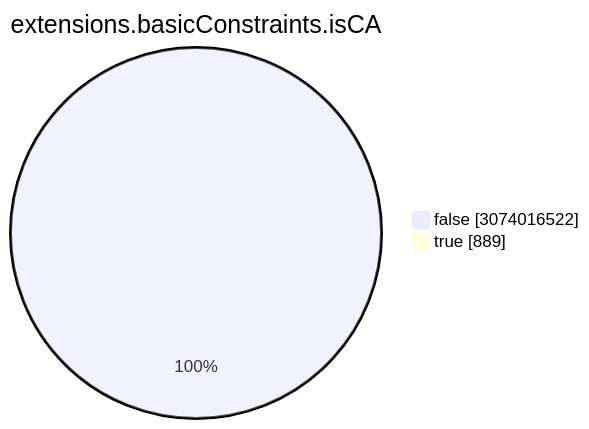
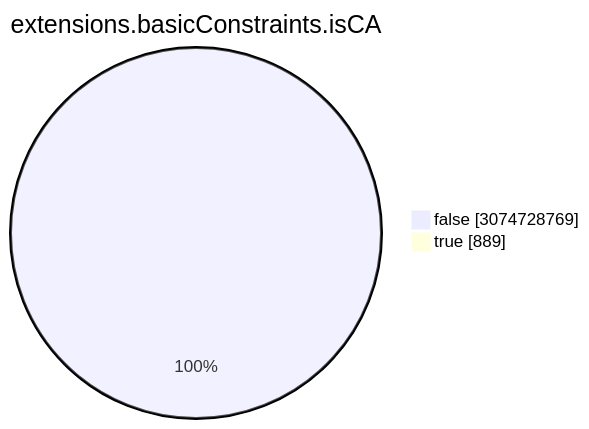
The seventh of 15 diagrams in TOTAL/README.md (christiankrug/ctmonitor_visualization), drawn with Mermaid before and after one commit. The commit also changed other lines of this file, not shown here.

````diff
--- a/TOTAL/README.md
+++ b/TOTAL/README.md
@@ -3088,6 +3088,6 @@
 ```mermaid
 pie showData
 title extensions.basicConstraints.isCA
-"false" :3074016522
+"false" :3074728769
 "true" :889
 ```
````
